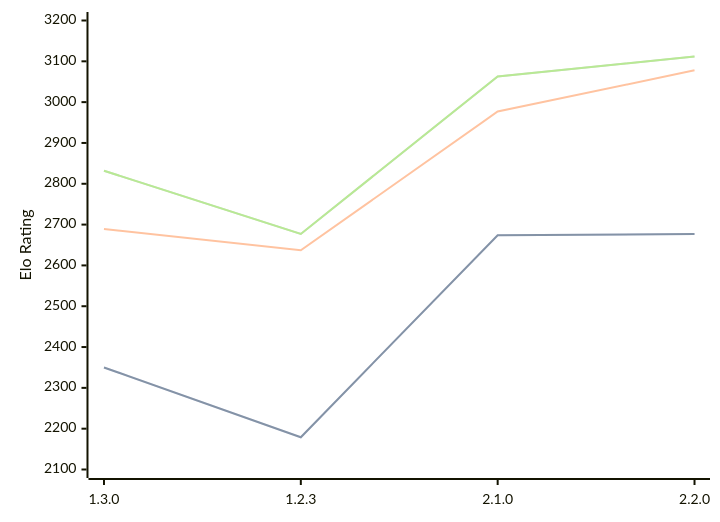
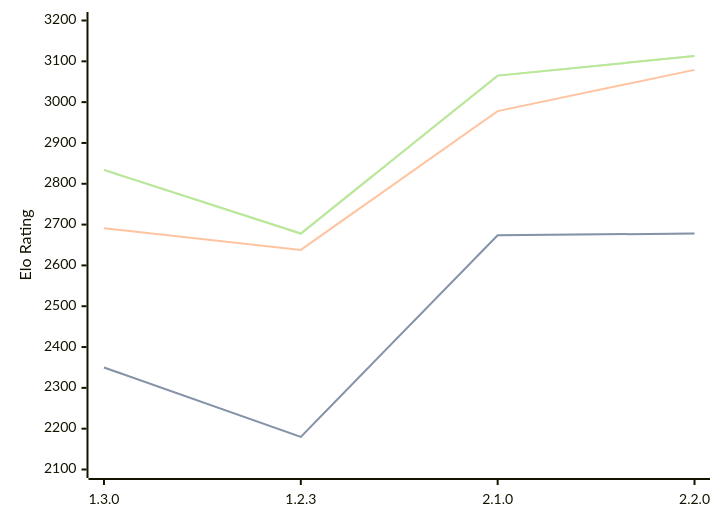
The diagram in engines/Aspen.md (computer-chess-index/cci), drawn with Mermaid before and after one commit. The commit also changed other lines of this file, not shown here.

Commit message:
Update CCI Ratings (ELO VLTC) - 2026-07-24

````diff
--- a/engines/Aspen.md
+++ b/engines/Aspen.md
@@ -43,11 +43,11 @@
 ```mermaid
 %%{init: {"theme":"base","themeVariables":{"seriesColors:['#a3a3a3','#222221','#faa371']}}}%%
 xychart-beta
   x-axis ["1.3.0", "1.2.3", "2.1.0", "2.2.0"]
   y-axis "Elo Rating" 2100 --> 3200
-  line "STC (8.0+0.08s)" [2350, 2179, 2674, 2677]
-  line "STC (8.0+0.08s)" [2350, 2179, 2674, 2677]
-  line "LTC (60.0+0.60s)" [2689, 2637, 2977, 3078]
-  line "VLTC (2m24s+1.12s)" [2832, 2677, 3063, 3112]
-  line "VLTC (2m24s+1.12s)" [2832, 2677, 3063, 3112]
+  line "STC (8.0+0.08s)" [2350, 2180, 2674, 2678]
+  line "STC (8.0+0.08s)" [2350, 2180, 2674, 2678]
+  line "LTC (60.0+0.60s)" [2691, 2638, 2978, 3079]
+  line "VLTC (2m24s+1.12s)" [2834, 2678, 3065, 3113]
+  line "VLTC (2m24s+1.12s)" [2834, 2678, 3065, 3113]
 ```
````
